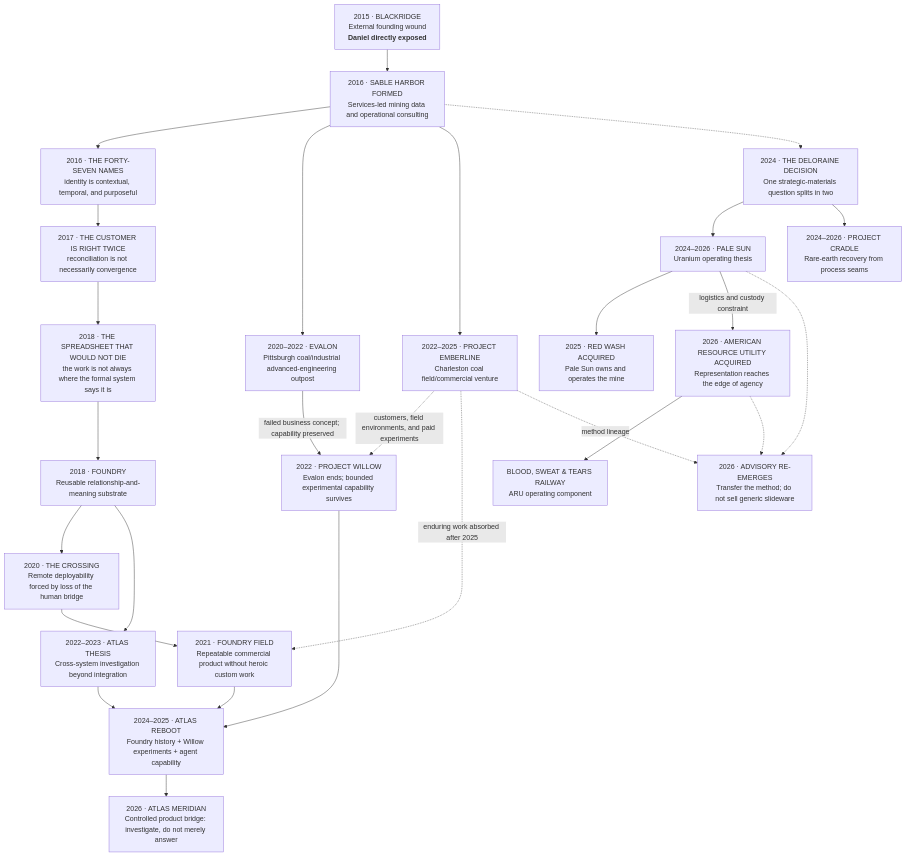
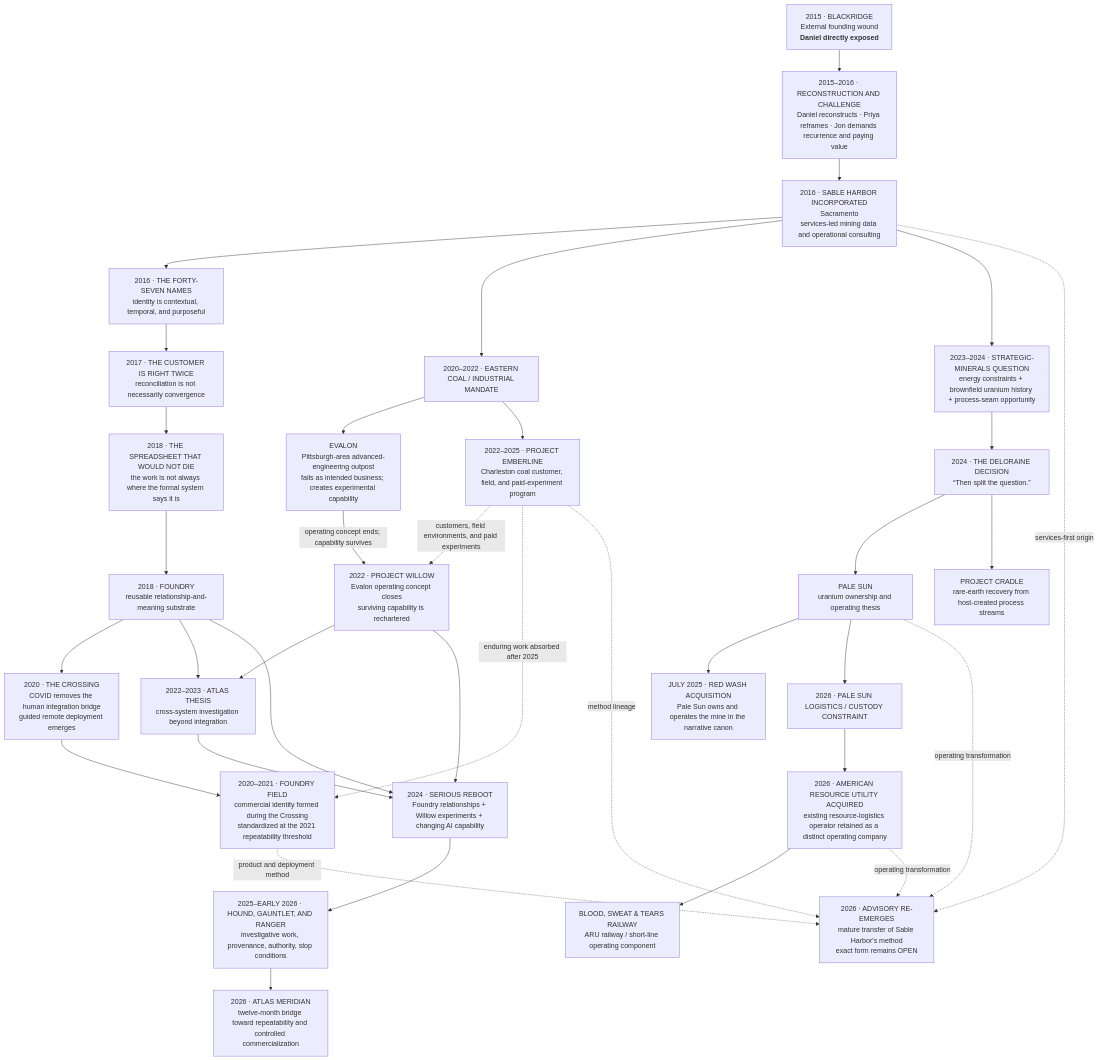
Before and after one commit to SquirmyWormy275/SABLEHARBOR: the diagram in docs/organization/ORGANIZATIONAL_LINEAGE_2015_2026.md, drawn with Mermaid. The commit also changed other lines of this file and 16 other files, not shown here.

Commit message:
Build canon-traced organization chart package

````diff
--- a/docs/organization/ORGANIZATIONAL_LINEAGE_2015_2026.md
+++ b/docs/organization/ORGANIZATIONAL_LINEAGE_2015_2026.md
@@ -7,56 +9,69 @@
 ```mermaid
 flowchart TB
     BR["2015 · BLACKRIDGE<br/>External founding wound<br/><b>Daniel directly exposed</b>"]
-    FND["2016 · SABLE HARBOR FORMED<br/>Services-led mining data and operational consulting"]
+    RECON["2015–2016 · RECONSTRUCTION AND CHALLENGE<br/>Daniel reconstructs · Priya reframes · Jon demands recurrence and paying value"]
+    SERVICES["2016 · SABLE HARBOR INCORPORATED<br/>Sacramento<br/>services-led mining data and operational consulting"]
 
     NAMES["2016 · THE FORTY-SEVEN NAMES<br/>identity is contextual, temporal, and purposeful"]
     RIGHT["2017 · THE CUSTOMER IS RIGHT TWICE<br/>reconciliation is not necessarily convergence"]
     SHEET["2018 · THE SPREADSHEET THAT WOULD NOT DIE<br/>the work is not always where the formal system says it is"]
 
-    FOUND["2018 · FOUNDRY<br/>Reusable relationship-and-meaning substrate"]
-    CROSS["2020 · THE CROSSING<br/>Remote deployability forced by loss of the human bridge"]
-    FIELD["2021 · FOUNDRY FIELD<br/>Repeatable commercial product without heroic custom work"]
+    FOUNDRY["2018 · FOUNDRY<br/>reusable relationship-and-meaning substrate"]
+    CROSSING["2020 · THE CROSSING<br/>COVID removes the human integration bridge<br/>guided remote deployment emerges"]
+    FIELD["2020–2021 · FOUNDRY FIELD<br/>commercial identity formed during the Crossing<br/>standardized at the 2021 repeatability threshold"]
 
-    EVALON["2020–2022 · EVALON<br/>Pittsburgh coal/industrial advanced-engineering outpost"]
-    EMBER["2022–2025 · PROJECT EMBERLINE<br/>Charleston coal field/commercial venture"]
-    WILLOW["2022 · PROJECT WILLOW<br/>Evalon ends; bounded experimental capability survives"]
+    EAST["2020–2022 · EASTERN COAL / INDUSTRIAL MANDATE"]
+    EVALON["EVALON<br/>Pittsburgh-area advanced-engineering outpost<br/>fails as intended business; creates experimental capability"]
+    EMBER["2022–2025 · PROJECT EMBERLINE<br/>Charleston coal customer, field, and paid-experiment program"]
+    WILLOW["2022 · PROJECT WILLOW<br/>Evalon operating concept closes<br/>surviving capability is rechartered"]
 
-    ATLASTHESIS["2022–2023 · ATLAS THESIS<br/>Cross-system investigation beyond integration"]
-    ATLASREBOOT["2024–2025 · ATLAS REBOOT<br/>Foundry history + Willow experiments + agent capability"]
-    ATLAS["2026 · ATLAS MERIDIAN<br/>Controlled product bridge: investigate, do not merely answer"]
+    ATLASTHESIS["2022–2023 · ATLAS THESIS<br/>cross-system investigation beyond integration"]
+    REBOOT["2024 · SERIOUS REBOOT<br/>Foundry relationships + Willow experiments + changing AI capability"]
+    GAUNTLET["2025–EARLY 2026 · HOUND, GAUNTLET, AND RANGER<br/>investigative work, provenance, authority, stop conditions"]
+    ATLAS["2026 · ATLAS MERIDIAN<br/>twelve-month bridge toward repeatability and controlled commercialization"]
 
-    DELORAINE["2024 · THE DELORAINE DECISION<br/>One strategic-materials question splits in two"]
-    PALE["2024–2026 · PALE SUN<br/>Uranium operating thesis"]
-    CRADLE["2024–2026 · PROJECT CRADLE<br/>Rare-earth recovery from process seams"]
-    REDWASH["2025 · RED WASH ACQUIRED<br/>Pale Sun owns and operates the mine"]
+    STRATEGIC["2023–2024 · STRATEGIC-MINERALS QUESTION<br/>energy constraints + brownfield uranium history + process-seam opportunity"]
+    DELORAINE["2024 · THE DELORAINE DECISION<br/>“Then split the question.”"]
+    PALE["PALE SUN<br/>uranium ownership and operating thesis"]
+    CRADLE["PROJECT CRADLE<br/>rare-earth recovery from host-created process streams"]
+    REDWASH["JULY 2025 · RED WASH ACQUISITION<br/>Pale Sun owns and operates the mine in the narrative canon"]
 
-    ARU["2026 · AMERICAN RESOURCE UTILITY ACQUIRED<br/>Representation reaches the edge of agency"]
-    BST["BLOOD, SWEAT & TEARS RAILWAY<br/>ARU operating component"]
-    ADVISORY["2026 · ADVISORY RE-EMERGES<br/>Transfer the method; do not sell generic slideware"]
+    LOGISTICS["2026 · PALE SUN LOGISTICS / CUSTODY CONSTRAINT"]
+    ARU["2026 · AMERICAN RESOURCE UTILITY ACQUIRED<br/>existing resource-logistics operator retained as a distinct operating company"]
+    BST["BLOOD, SWEAT & TEARS RAILWAY<br/>ARU railway / short-line operating component"]
 
-    BR --> FND
-    FND --> NAMES --> RIGHT --> SHEET --> FOUND
-    FOUND --> CROSS --> FIELD
+    ADVISORY["2026 · ADVISORY RE-EMERGES<br/>mature transfer of Sable Harbor's method<br/>exact form remains OPEN"]
 
-    FND --> EVALON
-    EVALON -->|failed business concept; capability preserved| WILLOW
-    FND --> EMBER
+    BR --> RECON --> SERVICES
+    SERVICES --> NAMES --> RIGHT --> SHEET --> FOUNDRY
+    FOUNDRY --> CROSSING --> FIELD
+
+    SERVICES --> EAST
+    EAST --> EVALON
+    EAST --> EMBER
+    EVALON -->|operating concept ends; capability survives| WILLOW
     EMBER -.->|customers, field environments, and paid experiments| WILLOW
     EMBER -.->|enduring work absorbed after 2025| FIELD
     EMBER -.->|method lineage| ADVISORY
 
-    FOUND --> ATLASTHESIS
-    WILLOW --> ATLASREBOOT
-    FIELD --> ATLASREBOOT
-    ATLASTHESIS --> ATLASREBOOT --> ATLAS
+    FOUNDRY --> ATLASTHESIS
+    WILLOW --> ATLASTHESIS
+    ATLASTHESIS --> REBOOT
+    FOUNDRY --> REBOOT
+    WILLOW --> REBOOT
+    REBOOT --> GAUNTLET --> ATLAS
 
-    FND -.-> DELORAINE
+    SERVICES --> STRATEGIC
+    STRATEGIC --> DELORAINE
     DELORAINE --> PALE
     DELORAINE --> CRADLE
     PALE --> REDWASH
 
-    PALE -->|logistics and custody constraint| ARU
+    PALE --> LOGISTICS --> ARU
     ARU --> BST
-    PALE -.-> ADVISORY
-    ARU -.-> ADVISORY
+
+    SERVICES -.->|services-first origin| ADVISORY
+    FIELD -.->|product and deployment method| ADVISORY
+    PALE -.->|operating transformation| ADVISORY
+    ARU -.->|operating transformation| ADVISORY
 ```
````
